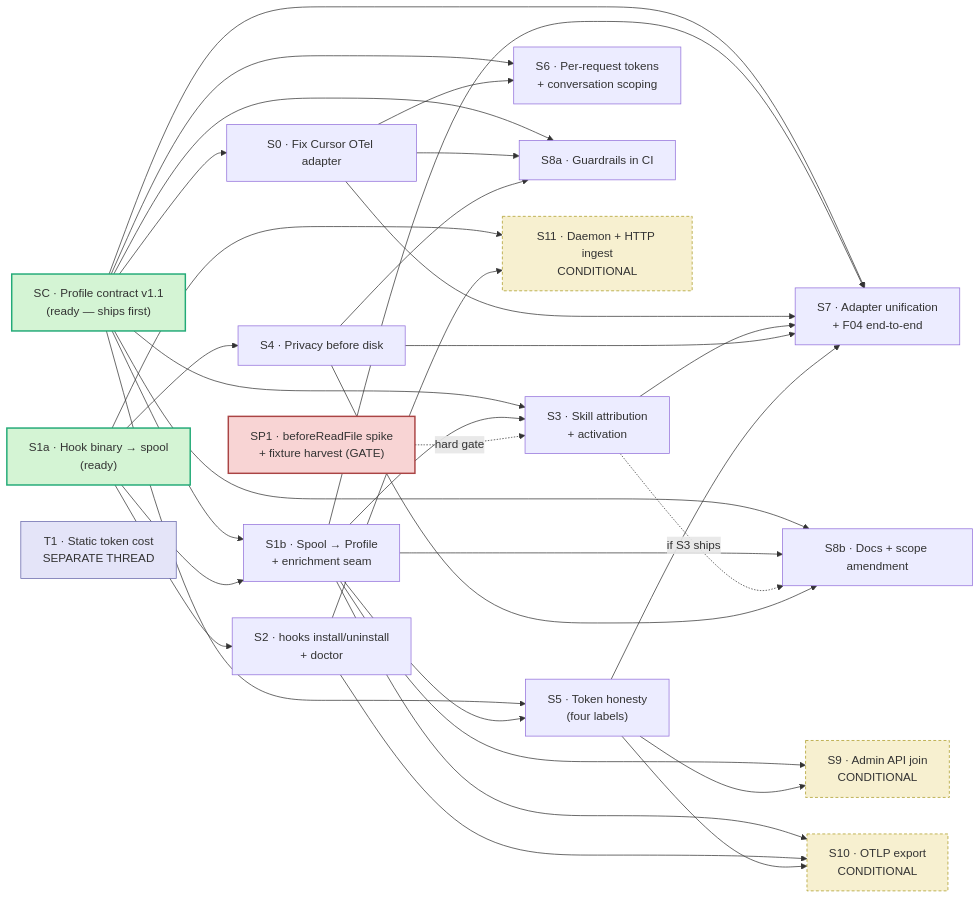
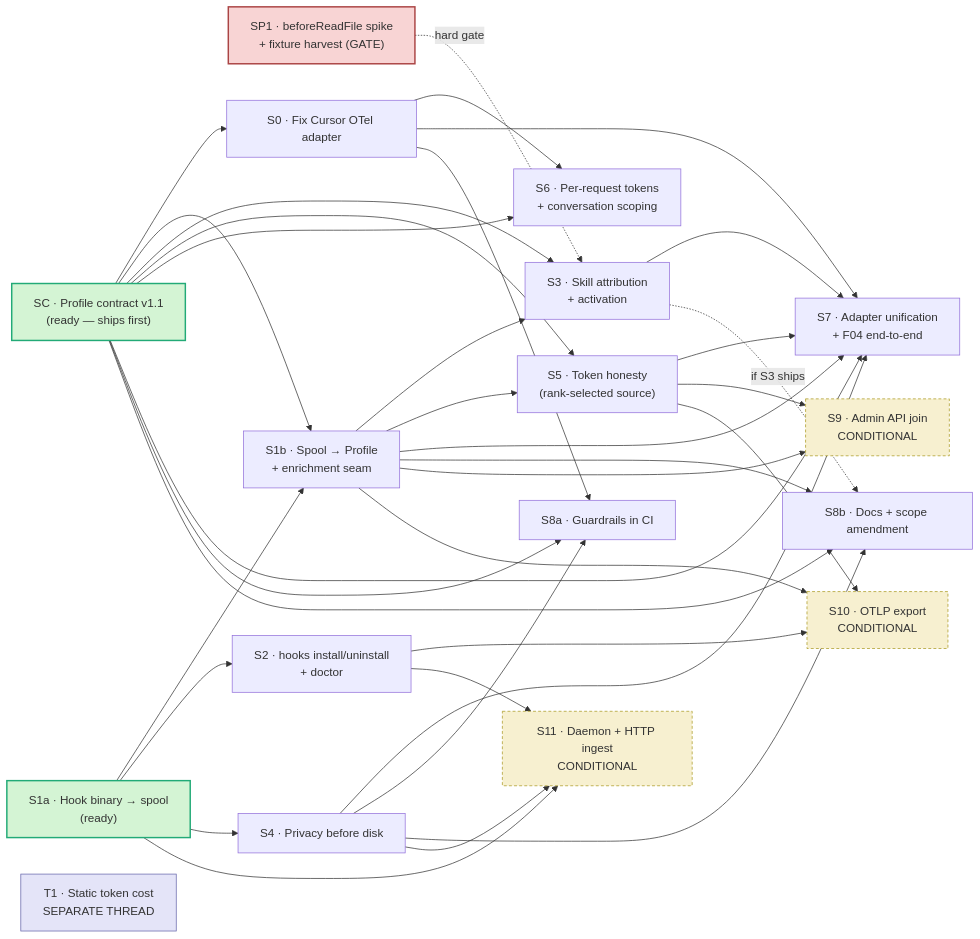
The diagram in .scuba/teams/cursorscope-go/roadmap.md (Okja-Engineering/skill-architect), drawn with Mermaid before and after one commit. The commit also changed other lines of this file and 19 other files, not shown here.

````diff
--- a/.scuba/teams/cursorscope-go/roadmap.md
+++ b/.scuba/teams/cursorscope-go/roadmap.md
@@ -174,62 +182,63 @@
 ```mermaid
 flowchart LR
   SC["SC · Profile contract v1.1<br/>(ready — ships first)"]
   SP1["SP1 · beforeReadFile spike<br/>+ fixture harvest (GATE)"]
   S0["S0 · Fix Cursor OTel adapter"]
   S1a["S1a · Hook binary → spool<br/>(ready)"]
   S1b["S1b · Spool → Profile<br/>+ enrichment seam"]
   S2["S2 · hooks install/uninstall<br/>+ doctor"]
   S3["S3 · Skill attribution<br/>+ activation"]
   S4["S4 · Privacy before disk"]
-  S5["S5 · Token honesty<br/>(four labels)"]
+  S5["S5 · Token honesty<br/>(rank-selected source)"]
   S6["S6 · Per-request tokens<br/>+ conversation scoping"]
   S7["S7 · Adapter unification<br/>+ F04 end-to-end"]
   S8a["S8a · Guardrails in CI"]
   S8b["S8b · Docs + scope amendment"]
   S9["S9 · Admin API join<br/>CONDITIONAL"]
   S10["S10 · OTLP export<br/>CONDITIONAL"]
   S11["S11 · Daemon + HTTP ingest<br/>CONDITIONAL"]
   T1["T1 · Static token cost<br/>SEPARATE THREAD"]
 
   SC --> S0
   SC --> S1b
   SC --> S3
   SC --> S5
   SC --> S6
   SC --> S7
   SC --> S8a
   SC --> S8b
   S1a --> S1b
   S1a --> S2
   S1a --> S4
   S1a --> S11
   S1b --> S3
   S1b --> S5
   S1b --> S7
   S1b --> S8b
   S1b --> S9
   S1b --> S10
   SP1 -.hard gate.-> S3
   S0 --> S6
   S0 --> S7
   S0 --> S8a
   S2 --> S10
   S2 --> S11
   S3 --> S7
   S3 -.if S3 ships.-> S8b
   S4 --> S7
   S4 --> S8a
   S4 --> S8b
+  S4 --> S11
   S5 --> S7
   S5 --> S9
   S5 --> S10
 
   classDef ready fill:#d4f4d4,stroke:#2a7,stroke-width:2px
   classDef gate fill:#f8d4d4,stroke:#a44,stroke-width:2px
   classDef cond fill:#f7f0d0,stroke:#a92,stroke-dasharray:4 3
   classDef sep fill:#e4e4f8,stroke:#66a
   class SC,S1a ready
   class SP1 gate
   class S9,S10,S11 cond
   class T1 sep
 ```
````
